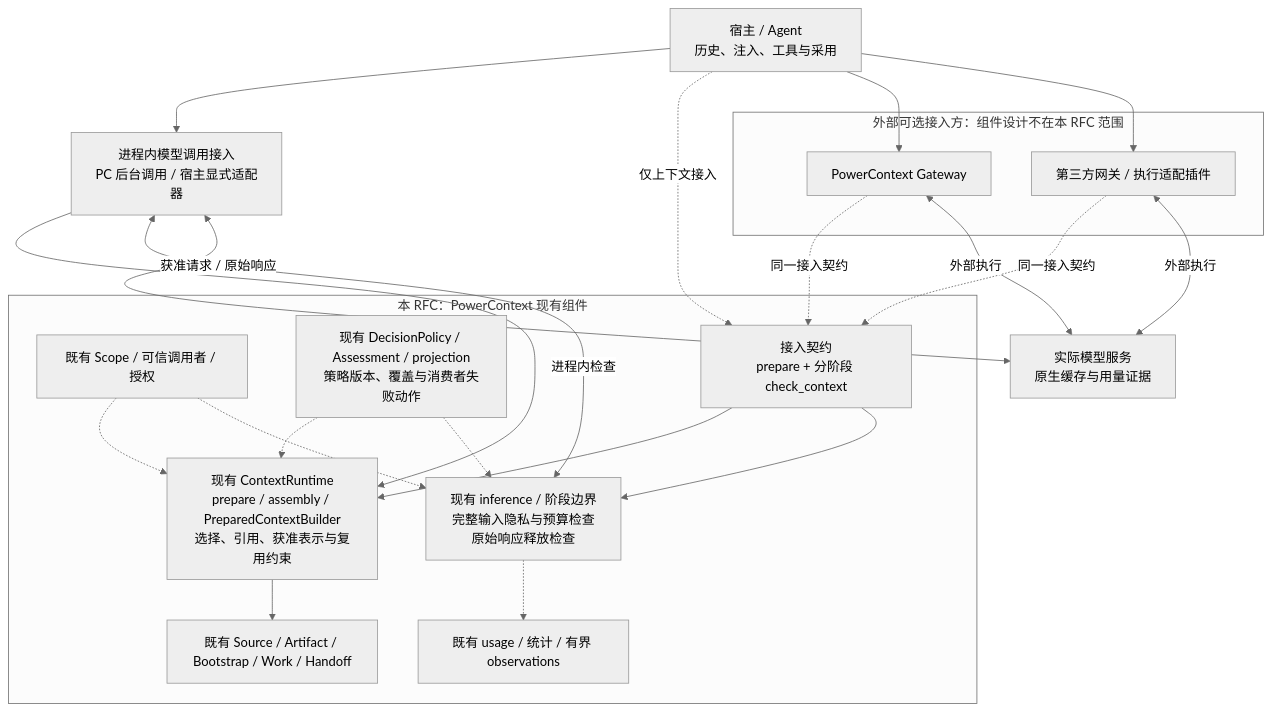
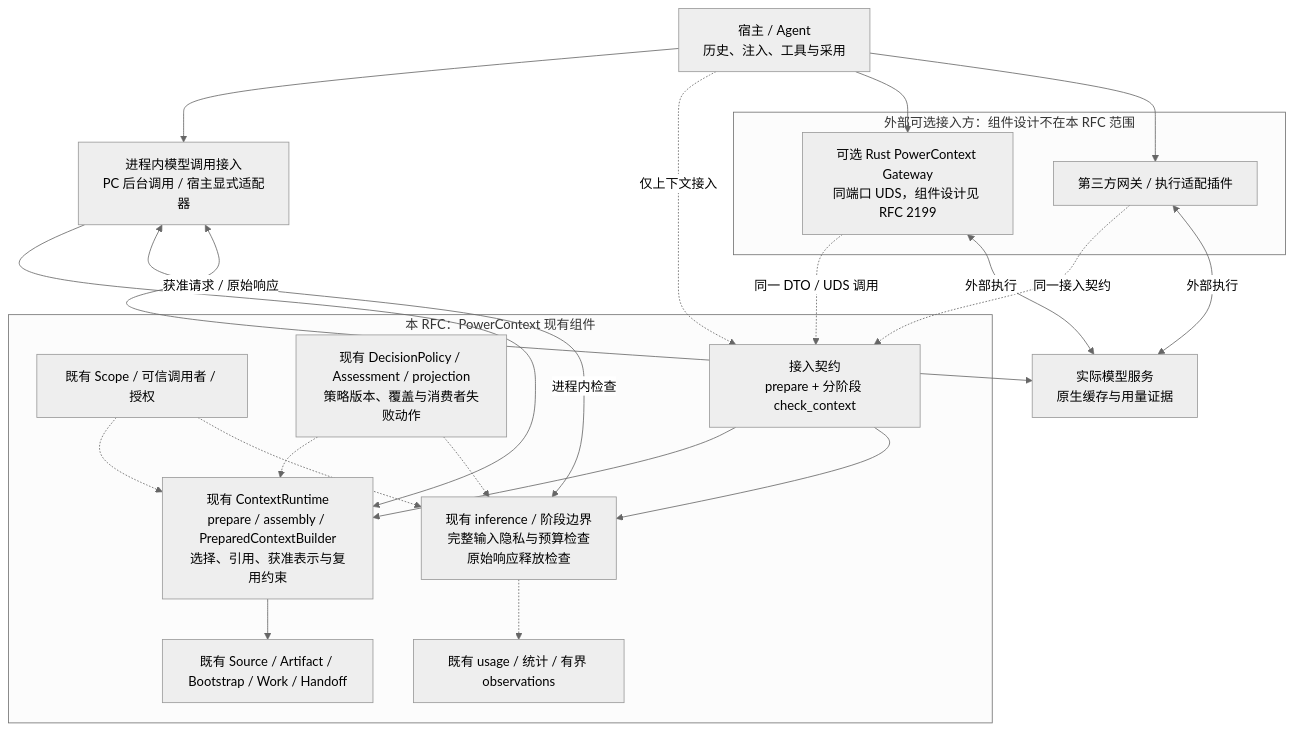
Before and after one commit to 2397819368a-oss/powercontext-2026: the first of 2 diagrams in docs/zh/rfcs/2086-core-inference-gates-and-optional-gateway.md, drawn with Mermaid (neutral theme). The commit also changed other lines of this file and 1 other file, not shown here.

Commit message:
docs(rfc): align Core with Rust gateway integration

````diff
--- a/docs/zh/rfcs/2086-core-inference-gates-and-optional-gateway.md
+++ b/docs/zh/rfcs/2086-core-inference-gates-and-optional-gateway.md
@@ -141,41 +141,41 @@
 ```mermaid
 flowchart TB
     HOST["宿主 / Agent<br/>历史、注入、工具与采用"]
     SDK["进程内模型调用接入<br/>PC 后台调用 / 宿主显式适配器"]
 
     subgraph CORE["本 RFC：PowerContext 现有组件"]
         AUTH["既有 Scope / 可信调用者 / 授权"]
         CONTEXT["现有 ContextRuntime<br/>prepare / assembly / PreparedContextBuilder<br/>选择、引用、获准表示与复用约束"]
         CHECK["现有 inference / 阶段边界<br/>完整输入隐私与预算检查<br/>原始响应释放检查"]
         POLICY["现有 DecisionPolicy / Assessment / projection<br/>策略版本、覆盖与消费者失败动作"]
         DATA["既有 Source / Artifact / Bootstrap / Work / Handoff"]
         USAGE["既有 usage / 统计 / 有界 observations"]
         API["接入契约<br/>prepare + 分阶段 check_context"]
         AUTH -.-> CONTEXT
         AUTH -.-> CHECK
         CONTEXT --> DATA
         POLICY -.-> CONTEXT
         POLICY -.-> CHECK
         CHECK -.-> USAGE
         API --> CONTEXT
         API --> CHECK
     end
 
     subgraph EXTERNAL["外部可选接入方：组件设计不在本 RFC 范围"]
-        PCGW["PowerContext Gateway"]
+        PCGW["可选 Rust PowerContext Gateway<br/>同端口 UDS，组件设计见 RFC 2199"]
         THIRD["第三方网关 / 执行适配插件"]
     end
     MODEL["实际模型服务<br/>原生缓存与用量证据"]
 
     HOST --> SDK
     HOST -. "仅上下文接入" .-> API
     SDK --> CONTEXT
     SDK <-->|"进程内检查"| CHECK
     SDK <-->|"获准请求 / 原始响应"| MODEL
     HOST --> PCGW
     HOST --> THIRD
-    PCGW -. "同一接入契约" .-> API
+    PCGW -. "同一 DTO / UDS 调用" .-> API
     THIRD -. "同一接入契约" .-> API
     PCGW <-->|"外部执行"| MODEL
     THIRD <-->|"外部执行"| MODEL
 ```
````
